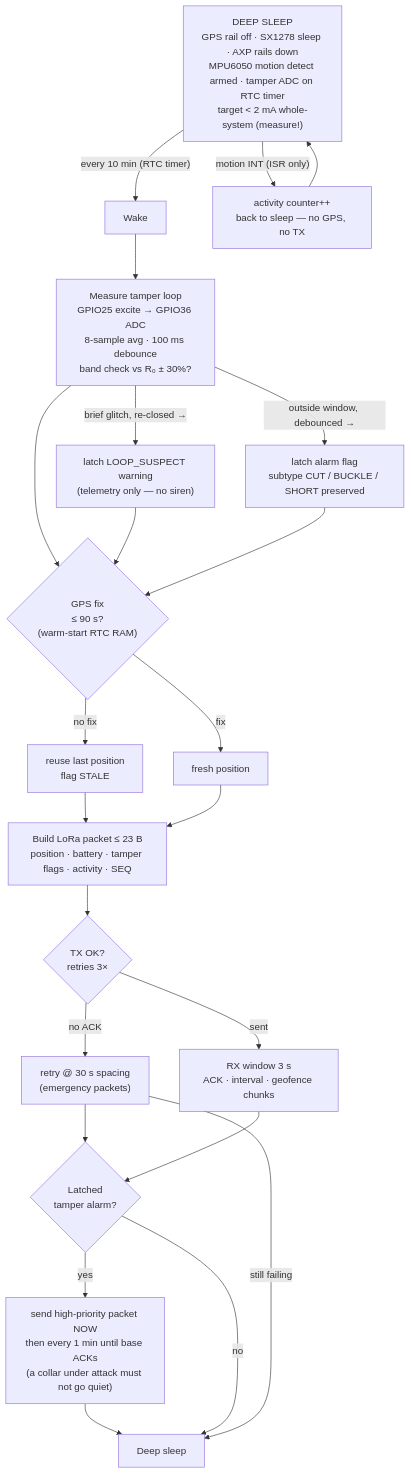
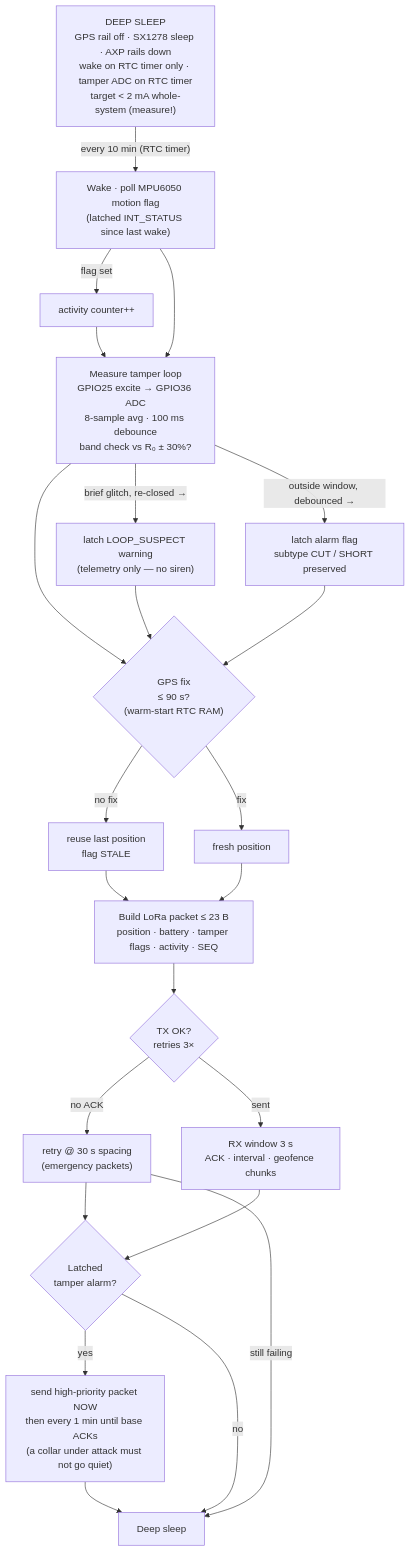
The first of 4 diagrams in docs/FLOWCHART.md (qppd/smart-collar), drawn with Mermaid before and after one commit. The commit also changed other lines of this file and 11 other files, not shown here.

First line of the commit message:
Remove reed switches; tamper detection via loop physics, motion via polling

````diff
--- a/docs/FLOWCHART.md
+++ b/docs/FLOWCHART.md
@@ -11,26 +11,26 @@
 ```mermaid
 flowchart TB
-    SLEEP["DEEP SLEEP<br/>GPS rail off · SX1278 sleep · AXP rails down<br/>MPU6050 motion detect armed · tamper ADC on RTC timer<br/>target &lt; 2 mA whole-system (measure!)"]
-    SLEEP -- "every 10 min (RTC timer)" --> WAKE["Wake"]
-    SLEEP -- "motion INT (ISR only)" --> COUNT["activity counter++<br/>back to sleep — no GPS, no TX"]
-    COUNT --> SLEEP
+    SLEEP["DEEP SLEEP<br/>GPS rail off · SX1278 sleep · AXP rails down<br/>wake on RTC timer only · tamper ADC on RTC timer<br/>target &lt; 2 mA whole-system (measure!)"]
+    SLEEP -- "every 10 min (RTC timer)" --> WAKE["Wake · poll MPU6050 motion flag<br/>(latched INT_STATUS since last wake)"]
+    WAKE -- "flag set" --> COUNT["activity counter++"]
+    COUNT --> TAMPER
     WAKE -->    TAMPER["Measure tamper loop<br/>GPIO25 excite → GPIO36 ADC<br/>8-sample avg · 100 ms debounce<br/>band check vs R₀ ± 30%?"]
     TAMPER --> GFIX{"GPS fix<br/>≤ 90 s?<br/>(warm-start RTC RAM)"}
     GFIX -- "no fix" --> STALE["reuse last position<br/>flag STALE"]
     GFIX -- "fix" --> POS["fresh position"]
     STALE --> PKT
     POS --> PKT["Build LoRa packet ≤ 23 B<br/>position · battery · tamper flags · activity · SEQ"]
     PKT --> TX{"TX OK?<br/>retries 3×"}
     TX -- "no ACK" --> RETRY["retry @ 30 s spacing<br/>(emergency packets)"]
     RETRY --> LATCHQ
     TX -- "sent" --> RXW["RX window 3 s<br/>ACK · interval · geofence chunks"]
     RXW --> LATCHQ{"Latched<br/>tamper alarm?"}
     LATCHQ -- "yes" --> NOW["send high-priority packet NOW<br/>then every 1 min until base ACKs<br/>(a collar under attack must not go quiet)"]
     NOW --> BACK
     LATCHQ -- "no" --> BACK["Deep sleep"]
     RETRY -- "still failing" --> BACK
     TAMPER -- "brief glitch, re-closed →" --> SUSPECT["latch LOOP_SUSPECT warning<br/>(telemetry only — no siren)"]
     SUSPECT --> GFIX
-    TAMPER -- "outside window, debounced →" --> LATCHEV["latch alarm flag<br/>subtype CUT / BUCKLE / SHORT preserved"]
+    TAMPER -- "outside window, debounced →" --> LATCHEV["latch alarm flag<br/>subtype CUT / SHORT preserved"]
     LATCHEV --> GFIX
 ```
````
